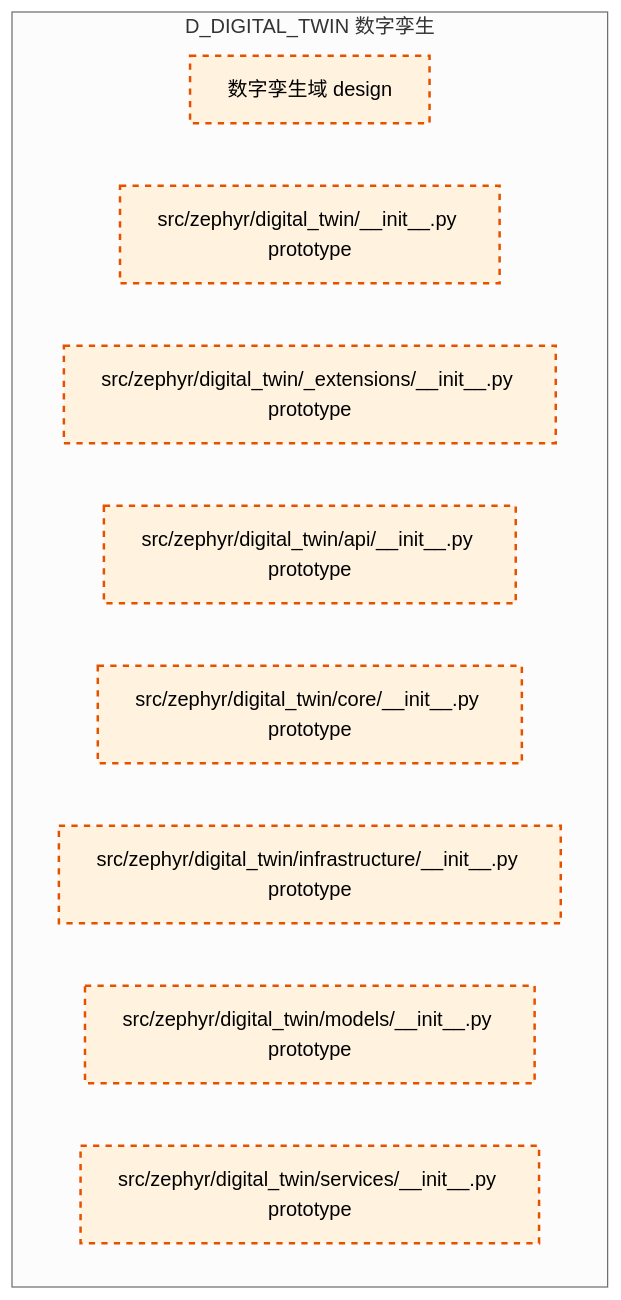
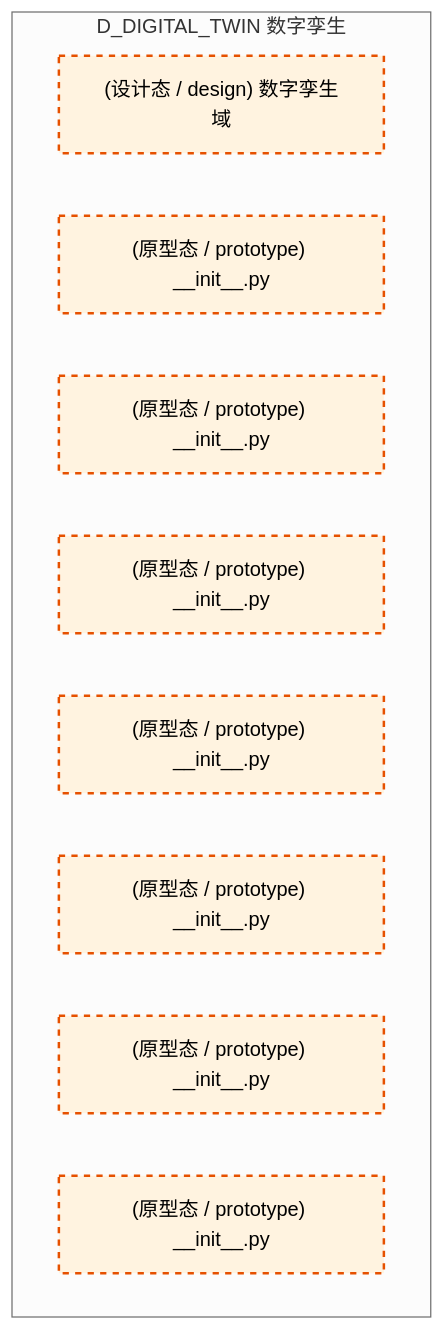
One commit to xuanFelixVan/ZephyrAlpha changed the diagram in docs/02_enterprise_architecture/02_domain_architecture_docs/25_d_digital_twin.md. Above: the diagram before and after it, drawn with Mermaid (neutral theme). The commit also changed other lines of this file and 100 other files, not shown here.

````diff
--- a/docs/02_enterprise_architecture/02_domain_architecture_docs/25_d_digital_twin.md
+++ b/docs/02_enterprise_architecture/02_domain_architecture_docs/25_d_digital_twin.md
@@ -47,18 +49,18 @@
 ```mermaid
 graph TD
     subgraph D_DIGITAL_TWIN["D_DIGITAL_TWIN 数字孪生"]
-        src_zephyr_digital_twin["数字孪生域 design"]
-        src_zephyr_digital_twin_init_py["src/zephyr/digital_twin/__init__.py prototype"]
-        src_zephyr_digital_twin_extensions_init_py["src/zephyr/digital_twin/_extensions/__init__.py prototype"]
-        src_zephyr_digital_twin_api_init_py["src/zephyr/digital_twin/api/__init__.py prototype"]
-        src_zephyr_digital_twin_core_init_py["src/zephyr/digital_twin/core/__init__.py prototype"]
-        src_zephyr_digital_twin_infrastructure_init_py["src/zephyr/digital_twin/infrastructure/__init__.py prototype"]
-        src_zephyr_digital_twin_models_init_py["src/zephyr/digital_twin/models/__init__.py prototype"]
-        src_zephyr_digital_twin_services_init_py["src/zephyr/digital_twin/services/__init__.py prototype"]
+        src_zephyr_digital_twin["(设计态 / design) 数字孪生域"]
+        src_zephyr_digital_twin_init_py["(原型态 / prototype) __init__.py"]
+        src_zephyr_digital_twin_extensions_init_py["(原型态 / prototype) __init__.py"]
+        src_zephyr_digital_twin_api_init_py["(原型态 / prototype) __init__.py"]
+        src_zephyr_digital_twin_core_init_py["(原型态 / prototype) __init__.py"]
+        src_zephyr_digital_twin_infrastructure_init_py["(原型态 / prototype) __init__.py"]
+        src_zephyr_digital_twin_models_init_py["(原型态 / prototype) __init__.py"]
+        src_zephyr_digital_twin_services_init_py["(原型态 / prototype) __init__.py"]
     end
     classDef production fill:#e1f5fe,stroke:#01579b,stroke-width:2px,color:#000
     classDef design fill:#fff3e0,stroke:#e65100,stroke-width:2px,color:#000,stroke-dasharray: 5 5
     classDef external_prod fill:#e8f5e9,stroke:#1b5e20,stroke-width:1px,color:#000
     classDef external_design fill:#fce4ec,stroke:#880e4f,stroke-width:1px,color:#000,stroke-dasharray: 5 5
     class src_zephyr_digital_twin,src_zephyr_digital_twin_init_py,src_zephyr_digital_twin_extensions_init_py,src_zephyr_digital_twin_api_init_py,src_zephyr_digital_twin_core_init_py,src_zephyr_digital_twin_infrastructure_init_py,src_zephyr_digital_twin_models_init_py,src_zephyr_digital_twin_services_init_py design
 ```
````
